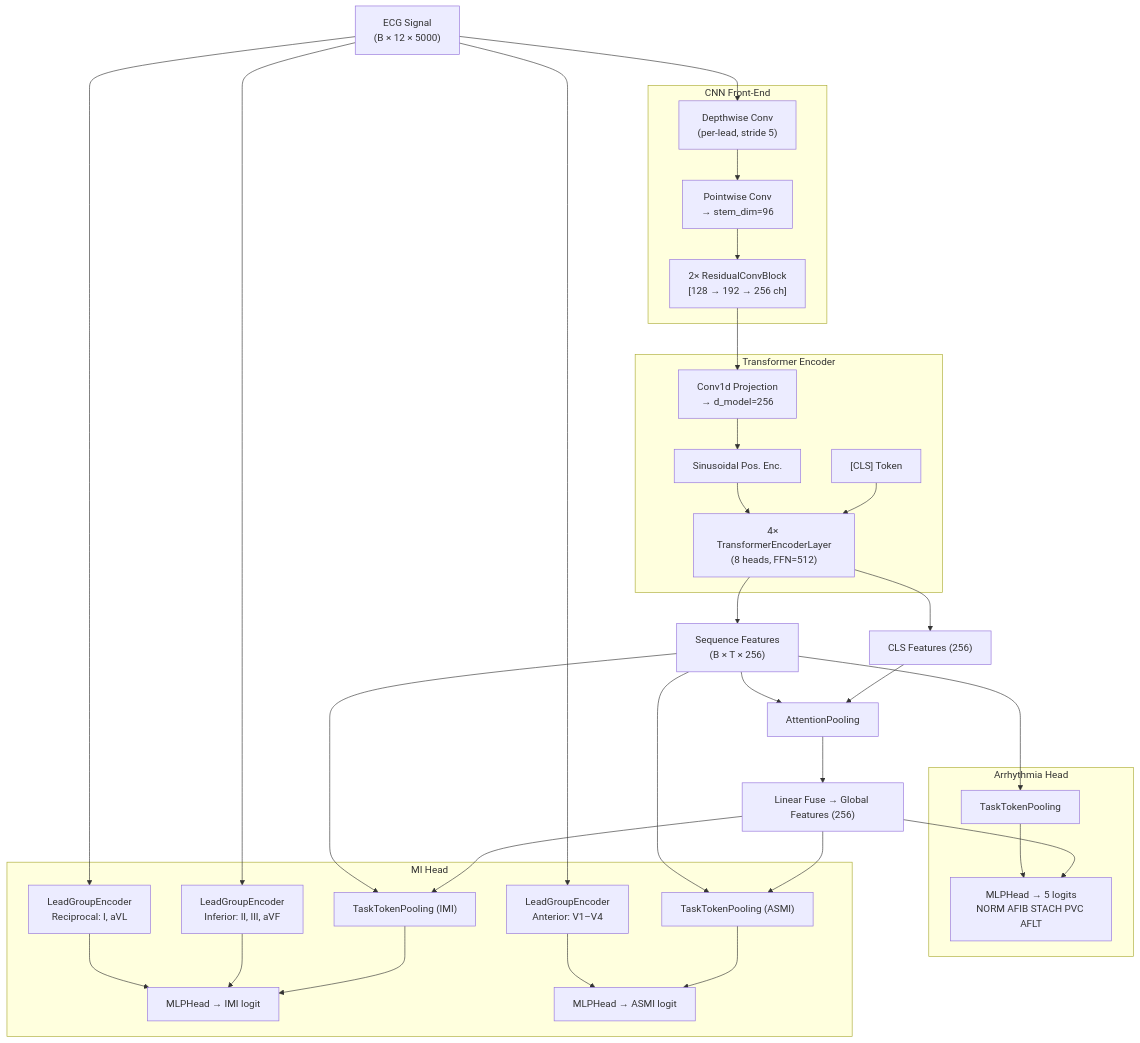
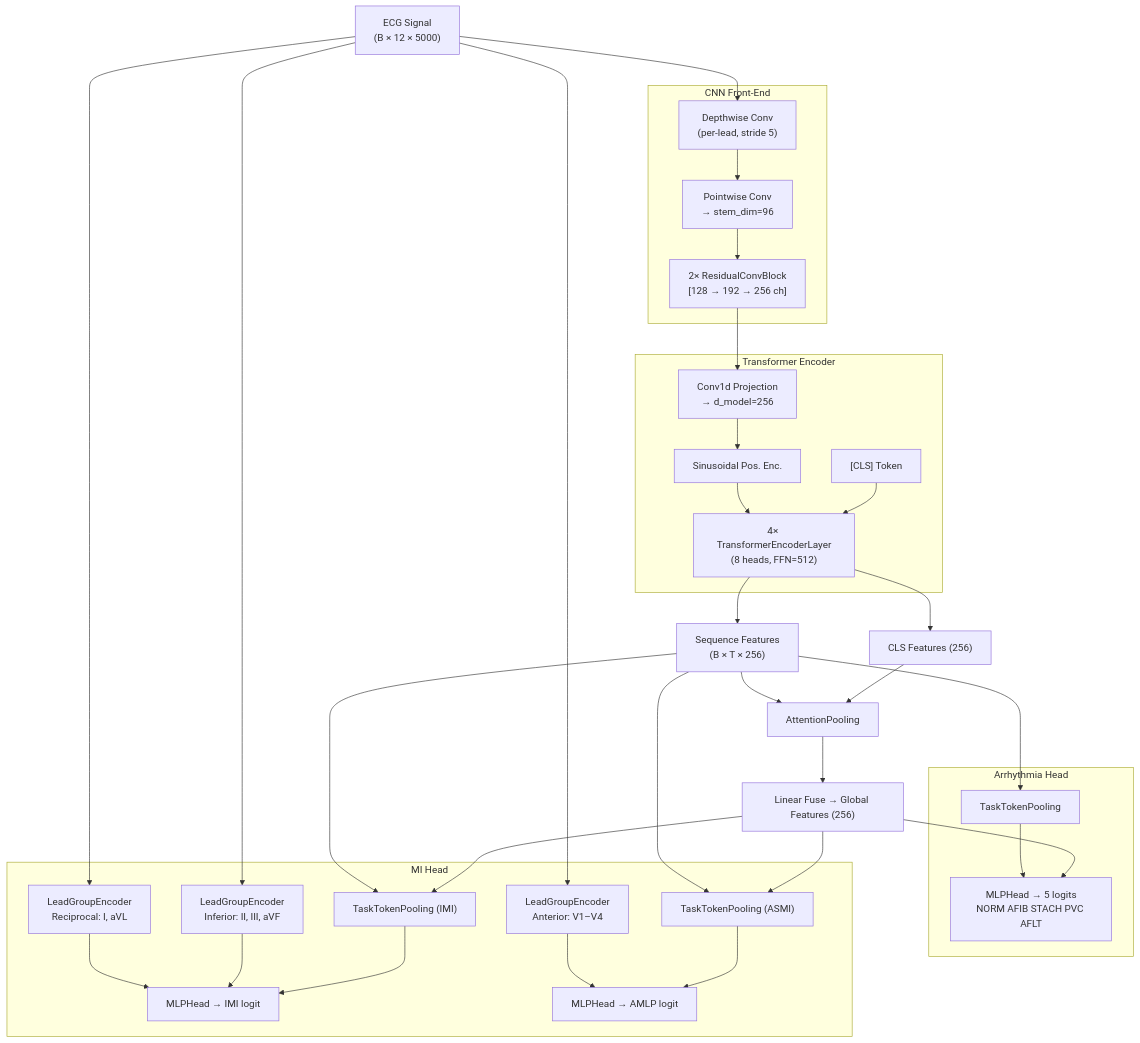
One commit to lynnhatsuki3010/multitask-ecg changed the diagram in EXPERIMENT_LOG.md. Above: the diagram before and after it, drawn with Mermaid. The commit also changed other lines of this file and 19 other files, not shown here.

````diff
--- a/EXPERIMENT_LOG.md
+++ b/EXPERIMENT_LOG.md
@@ -14,52 +7,52 @@
 ```mermaid
 graph TD
     Input["ECG Signal\n(B × 12 × 5000)"]
 
     subgraph CNN_Frontend["CNN Front-End"]
         DW["Depthwise Conv\n(per-lead, stride 5)"]
         PW["Pointwise Conv\n→ stem_dim=96"]
         Res["2× ResidualConvBlock\n[128 → 192 → 256 ch]"]
     end
 
     Input --> DW --> PW --> Res
 
     subgraph Transformer["Transformer Encoder"]
         Proj["Conv1d Projection\n→ d_model=256"]
         PE["Sinusoidal Pos. Enc."]
         CLS["[CLS] Token"]
         Enc["4× TransformerEncoderLayer\n(8 heads, FFN=512)"]
     end
 
     Res --> Proj --> PE
     CLS --> Enc
     PE --> Enc
 
     Enc --> CLSfeat["CLS Features (256)"]
     Enc --> SeqFeat["Sequence Features\n(B × T × 256)"]
 
     CLSfeat & SeqFeat --> Pool["AttentionPooling"]
     Pool --> Fuse["Linear Fuse → Global Features (256)"]
 
     subgraph ArrhyHead["Arrhythmia Head"]
         TTP["TaskTokenPooling"]
         MLP1["MLPHead → 5 logits\nNORM AFIB STACH PVC AFLT"]
     end
 
     SeqFeat --> TTP
     Fuse & TTP --> MLP1
 
     subgraph MIHead["MI Head"]
         ITTP["TaskTokenPooling (IMI)"]
         ATTP["TaskTokenPooling (ASMI)"]
         Inf["LeadGroupEncoder\nInferior: II, III, aVF"]
         Rec["LeadGroupEncoder\nReciprocal: I, aVL"]
         Ant["LeadGroupEncoder\nAnterior: V1–V4"]
         IMLP["MLPHead → IMI logit"]
-        AMLP["MLPHead → ASMI logit"]
+        AMLP["MLPHead → AMLP logit"]
     end
 
     Fuse & SeqFeat --> ITTP & ATTP
     Input --> Inf & Rec & Ant
     ITTP & Inf & Rec --> IMLP
     ATTP & Ant --> AMLP
 ```
````
